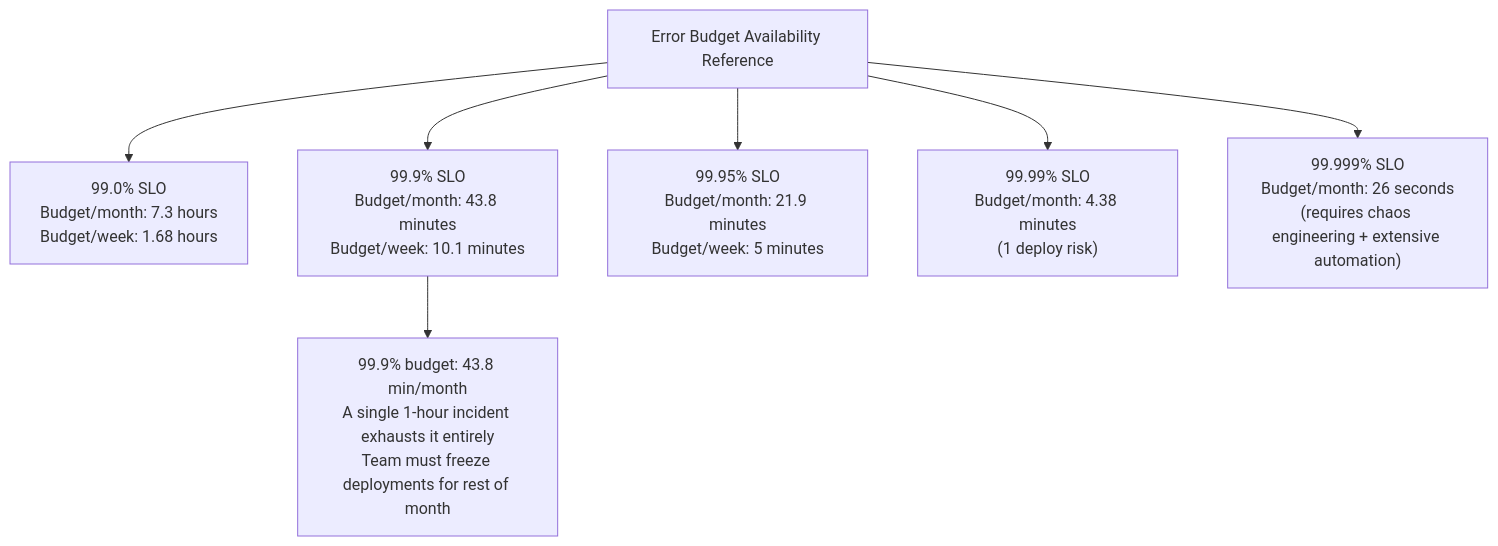
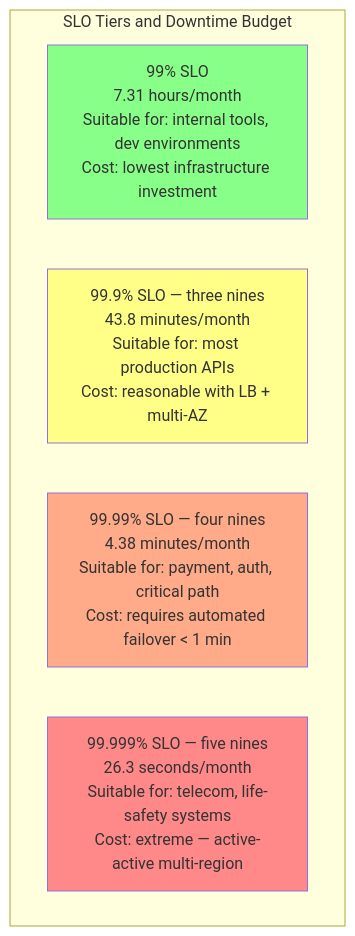
Before and after one commit to gauravprwl14/system-design-course: the second of 13 diagrams in docs-site/content/12-interview-prep/question-bank/observability-sre/slo-sla-error-budgets.md, drawn with Mermaid. The commit also changed other lines of this file and 3 other files, not shown here.

Commit message:
feat(question-bank): mobile-architecture COMPLETE (offline-first-sync + mobile-app-architecture)

````diff
--- a/docs-site/content/12-interview-prep/question-bank/observability-sre/slo-sla-error-budgets.md
+++ b/docs-site/content/12-interview-prep/question-bank/observability-sre/slo-sla-error-budgets.md
@@ -77,15 +83,14 @@
 ```mermaid
 graph TD
-  Budget["Error Budget Availability Reference"]
+  subgraph SLOTiers["SLO Tiers and Downtime Budget"]
+    T1["99% SLO\n7.31 hours/month\nSuitable for: internal tools, dev environments\nCost: lowest infrastructure investment"]
+    T2["99.9% SLO — three nines\n43.8 minutes/month\nSuitable for: most production APIs\nCost: reasonable with LB + multi-AZ"]
+    T3["99.99% SLO — four nines\n4.38 minutes/month\nSuitable for: payment, auth, critical path\nCost: requires automated failover < 1 min"]
+    T4["99.999% SLO — five nines\n26.3 seconds/month\nSuitable for: telecom, life-safety systems\nCost: extreme — active-active multi-region"]
+  end
 
-  B1["99.0% SLO\nBudget/month: 7.3 hours\nBudget/week: 1.68 hours"]
-  B2["99.9% SLO\nBudget/month: 43.8 minutes\nBudget/week: 10.1 minutes"]
-  B3["99.95% SLO\nBudget/month: 21.9 minutes\nBudget/week: 5 minutes"]
-  B4["99.99% SLO\nBudget/month: 4.38 minutes\n(1 deploy risk)"]
-  B5["99.999% SLO\nBudget/month: 26 seconds\n(requires chaos engineering + extensive automation)"]
-
-  Budget --> B1 & B2 & B3 & B4 & B5
-
-  UseCase["99.9% budget: 43.8 min/month\nA single 1-hour incident exhausts it entirely\nTeam must freeze deployments for rest of month"]
-  B2 --> UseCase
+  style T1 fill:#8f8
+  style T2 fill:#ff8
+  style T3 fill:#fa8
+  style T4 fill:#f88
 ```
````
